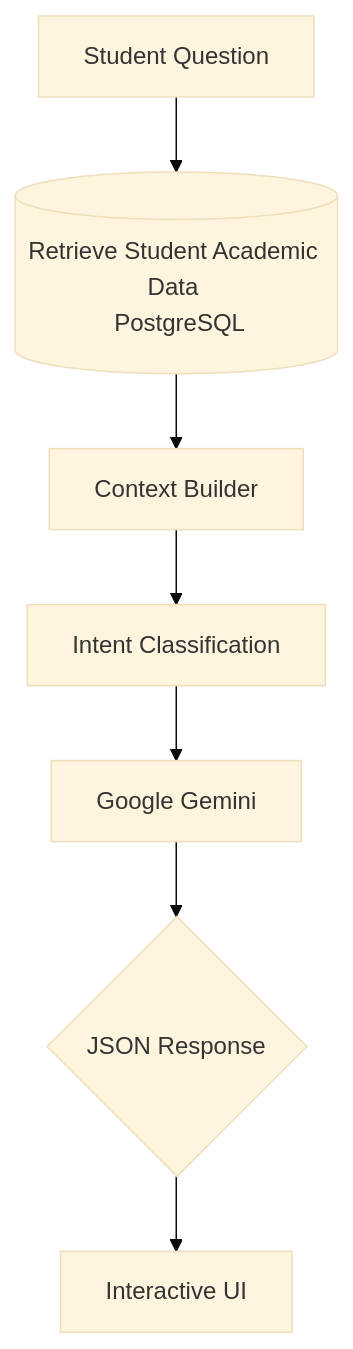
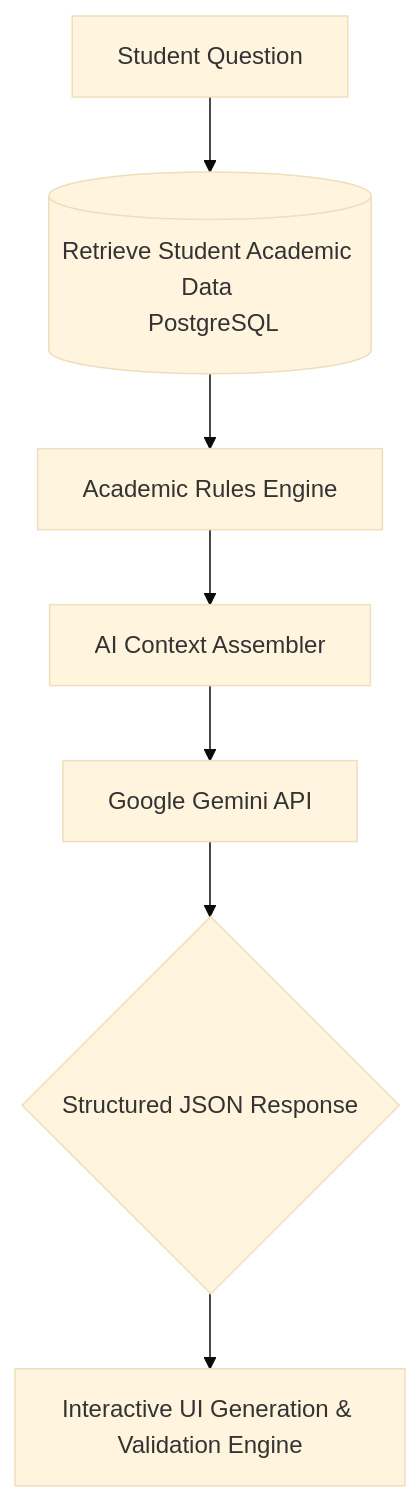
Before and after one commit to Khabbas04/Sanfoor: the diagram in README.md, drawn with Mermaid (base theme). The commit also changed other lines of this file, not shown here.

Commit message:
docs: update README with refined feature descriptions and updated project architecture overview

````diff
--- a/README.md
+++ b/README.md
@@ -72,9 +70,9 @@
 ```mermaid
 graph TD;
     A[Student Question] --> B[(Retrieve Student Academic Data <br> PostgreSQL)];
-    B --> C[Context Builder];
-    C --> D[Intent Classification];
-    D --> E[Google Gemini];
-    E --> F{JSON Response};
-    F --> G[Interactive UI];
+    B --> C[Academic Rules Engine];
+    C --> D[AI Context Assembler];
+    D --> E[Google Gemini API];
+    E --> F{Structured JSON Response};
+    F --> G[Interactive UI Generation & Validation Engine];
 ```
````
